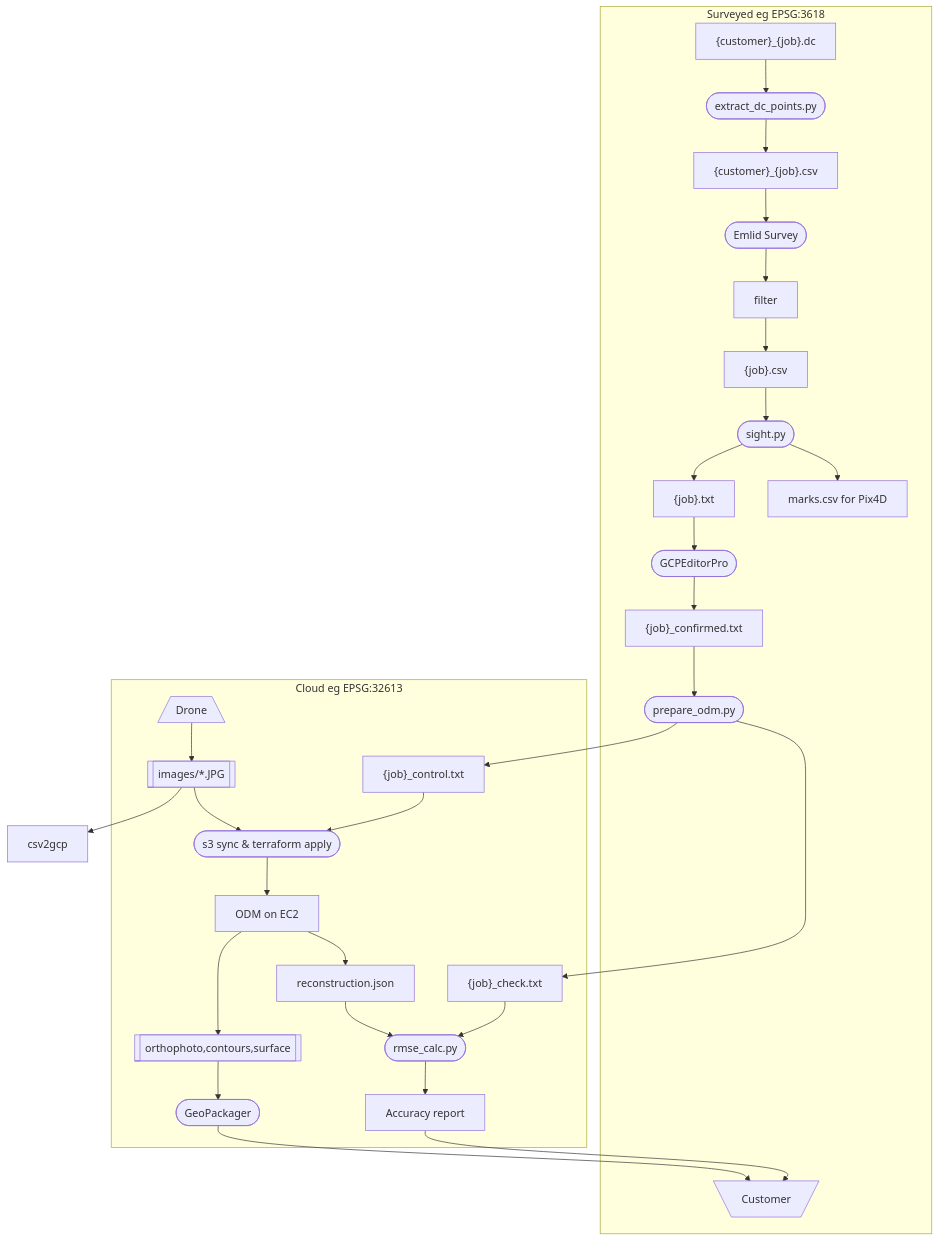
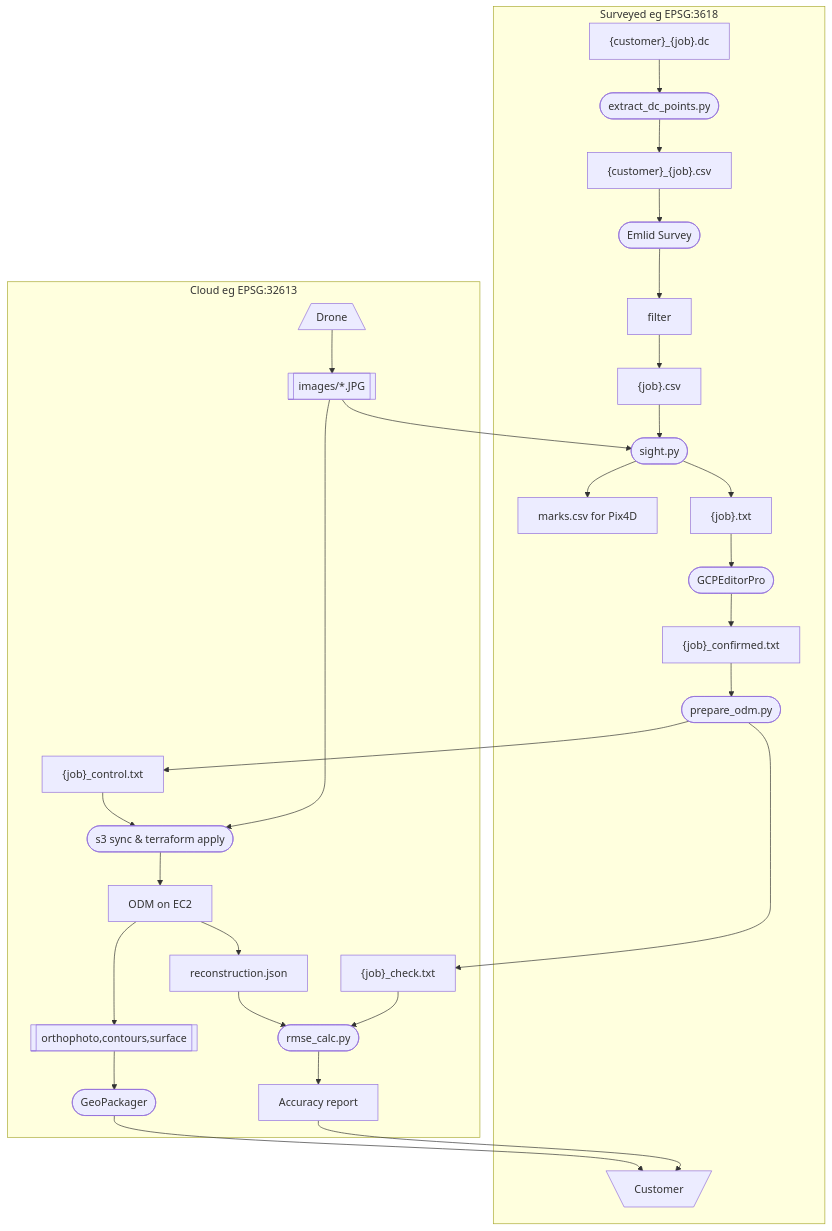
Before and after one commit to jrstear/geo: the diagram in docs/odm-workflow.md, drawn with Mermaid. The commit also changed 11 other files, not shown here.

First line of the commit message:
feat: rename csv2gcp.py → sight.py (geo-jyh)

````diff
--- a/docs/odm-workflow.md
+++ b/docs/odm-workflow.md
@@ -9,55 +9,55 @@
 ```mermaid
 flowchart TD
     cust_dc["{customer}_{job}.dc"]
     extract(["extract_dc_points.py"])
     cust_csv["{customer}_{job}.csv"]
     emlid(["Emlid Survey"])
     filter
     filtered["{job}.csv"]
-    sighter(["sight.py"])
+    sight(["sight.py"])
     marks["marks.csv for Pix4D"]
-    tagged["{job}.txt"]
+    targets["{job}.txt"]
     gcpeditor(["GCPEditorPro"])
     confirmed["{job}_confirmed.txt"]
     prepare(["prepare_odm.py"])
     control["{job}_control.txt"]
     check["{job}_check.txt"]
     s3(["s3 sync & terraform apply"])
     odm["ODM on EC2"]
     rmse(["rmse_calc.py"])
     drone[/"Drone"\]
     images[["images/*.JPG"]]
     deliverables[["orthophoto,contours,surface"]]
     packager(["GeoPackager"])
     report["Accuracy report"]
     model["reconstruction.json"]
     customer[\"Customer"/]
 
 	subgraph Surveyed eg EPSG:3618
 	    cust_dc --> extract --> cust_csv --> emlid
 	    emlid --> filter --> filtered
-	    filtered --> sighter --> tagged
-	    sighter --> marks
-	    tagged --> gcpeditor
+	    filtered --> sight --> targets
+	    sight --> marks
+	    targets --> gcpeditor
 	    gcpeditor --> confirmed
 	    confirmed --> prepare
 	    customer
 	end
     
     subgraph Cloud eg EPSG:32613
 	    drone --> images
 	    prepare --> control
 	    prepare --> check
 	    control --> s3
 	    s3 --> odm --> deliverables
 	    odm --> model --> rmse
 	    check --> rmse --> report
             deliverables --> packager
 	end
 
-    images --> csv2gcp
+    images --> sight
     images --> s3
     packager --> customer
     report --> customer
 
 ```
````
